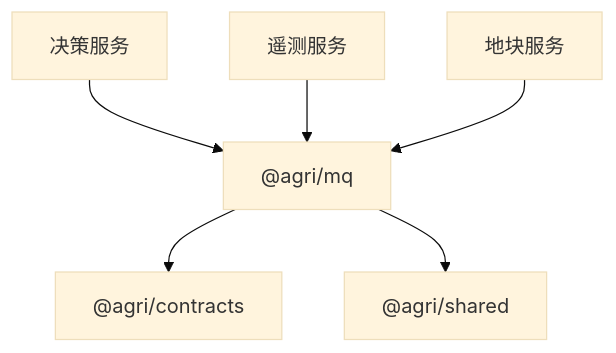
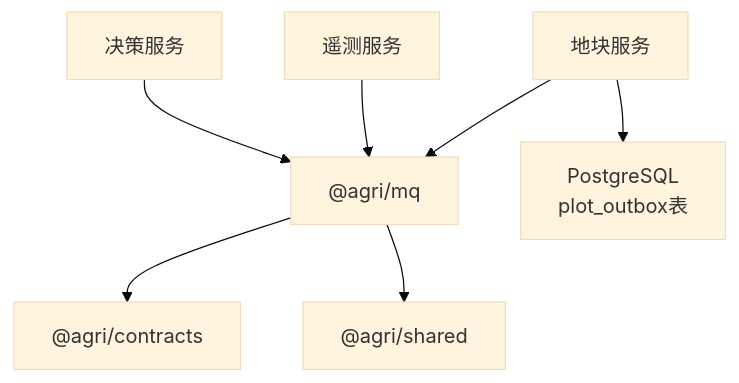
Diagram 12 of 15 in .qoder/repowiki/zh/content/架构设计/事件驱动架构/事件驱动架构.md (q446328246/agri-platform), drawn with Mermaid (base theme) before and after one commit. The commit also changed other lines of this file and 52 other files, not shown here.

````diff
--- a/.qoder/repowiki/zh/content/架构设计/事件驱动架构/事件驱动架构.md
+++ b/.qoder/repowiki/zh/content/架构设计/事件驱动架构/事件驱动架构.md
@@ -331,8 +455,9 @@
 ```mermaid
 graph TB
 DEC["决策服务"] --> MQ["@agri/mq"]
 TEL["遥测服务"] --> MQ
 PLOT["地块服务"] --> MQ
+PLOT --> DB["PostgreSQL<br/>plot_outbox表"]
 MQ --> CONTRACTS["@agri/contracts"]
 MQ --> SHARED["@agri/shared"]
 ```
````
